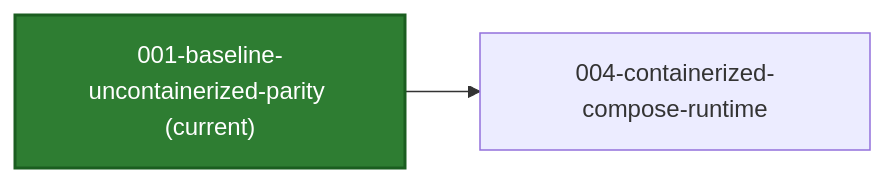
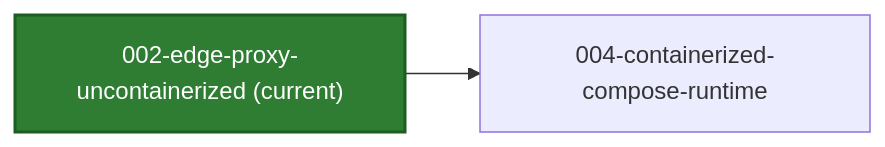
Before and after one commit to azure-octo/traderX: the second of 2 diagrams in README.md, drawn with Mermaid. The commit also changed other lines of this file and 39 other files, not shown here.

First line of the commit message:
snapshot: 002-edge-proxy-uncontainerized generated from a41e87908ebf8e9d2cd385280eacced32887bb1e

````diff
--- a/README.md
+++ b/README.md
@@ -49,9 +52,9 @@
 ```mermaid
 flowchart LR
-  C_CUR["001-baseline-uncontainerized-parity (current)"]
+  C_CUR["002-edge-proxy-uncontainerized (current)"]
   style C_CUR fill:#2e7d32,stroke:#1b5e20,color:#ffffff,stroke-width:2px
   C_CUR --> C_NEXT_004_containerized_compose_runtime["004-containerized-compose-runtime"]
   click C_NEXT_004_containerized_compose_runtime href "https://github.com/finos/traderX/tree/code%2Fgenerated-state-004-containerized-compose-runtime" "Open branch"
-  %% compare: https://github.com/finos/traderX/compare/code%2Fgenerated-state-001-baseline-uncontainerized-parity...code%2Fgenerated-state-004-containerized-compose-runtime
-  click C_CUR href "https://github.com/finos/traderX/tree/code%2Fgenerated-state-001-baseline-uncontainerized-parity" "Open current branch"
+  %% compare: https://github.com/finos/traderX/compare/code%2Fgenerated-state-002-edge-proxy-uncontainerized...code%2Fgenerated-state-004-containerized-compose-runtime
+  click C_CUR href "https://github.com/finos/traderX/tree/code%2Fgenerated-state-002-edge-proxy-uncontainerized" "Open current branch"
 ```
````
